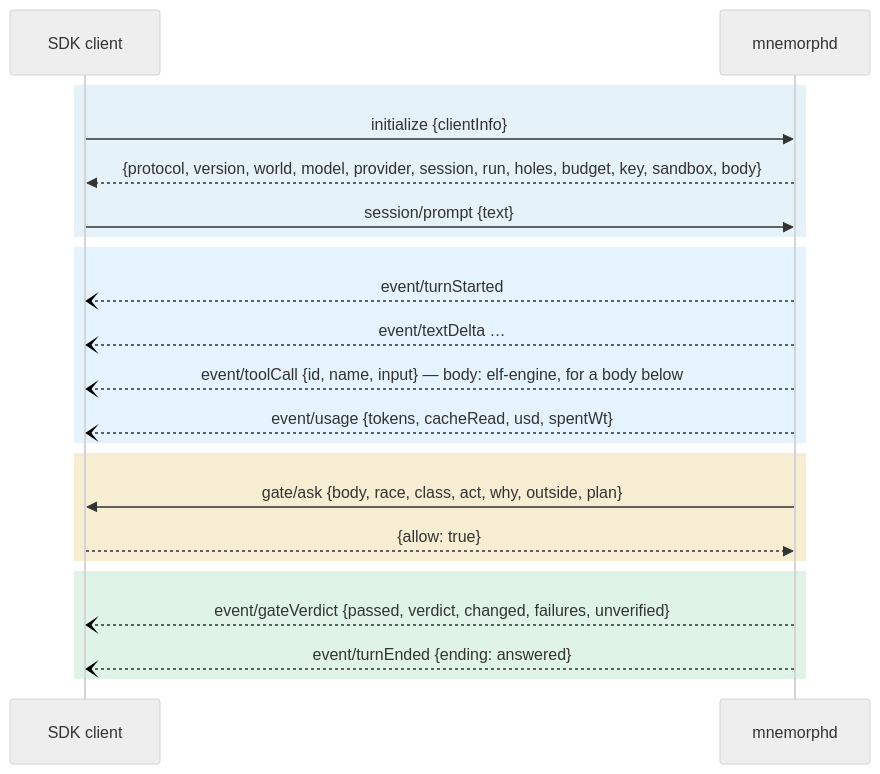
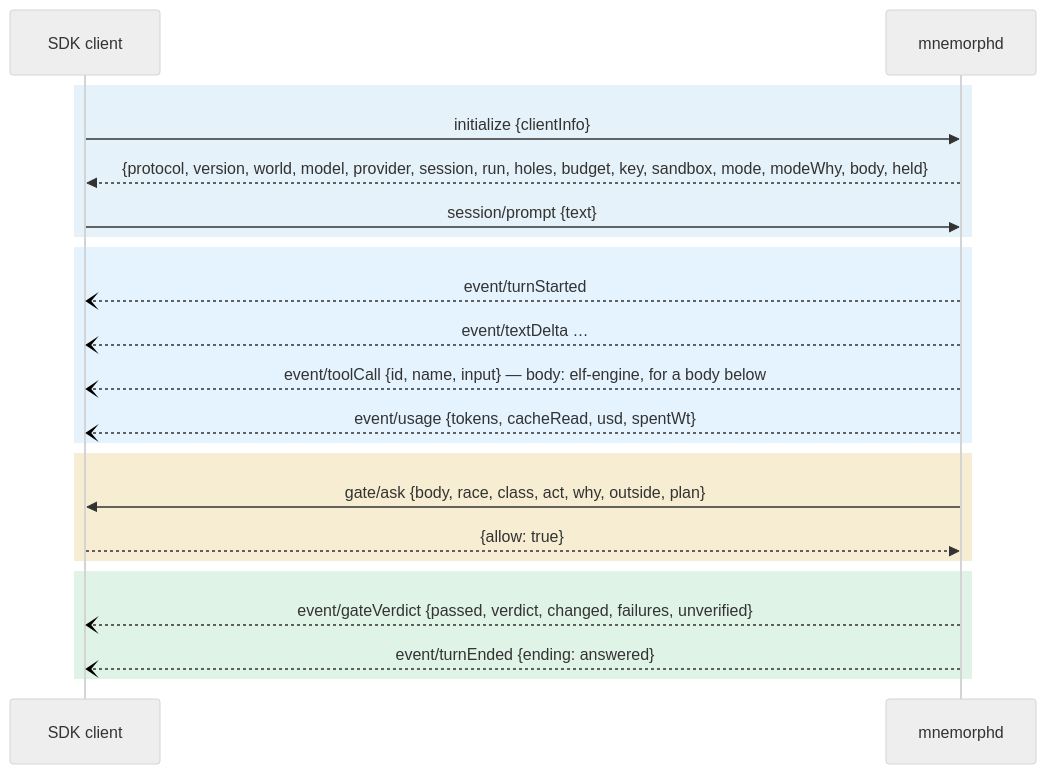
One commit to Kaginari/mnemorph changed the fourth of 4 diagrams in docs/04-communication.md. Above: the diagram before and after it, drawn with Mermaid. The commit also changed other lines of this file and 18 other files, not shown here.

````diff
--- a/docs/04-communication.md
+++ b/docs/04-communication.md
@@ -424,31 +440,31 @@
 ```mermaid
 ---
 config:
   look: handDrawn
   theme: neutral
   flowchart:
     wrappingWidth: 360
 ---
 sequenceDiagram
     participant C as SDK client
     participant D as mnemorphd
     rect rgba(2,132,199,0.10)
     C->>D: initialize {clientInfo}
-    D-->>C: {protocol, version, world, model, provider, session, run, holes, budget, key, sandbox, body}
+    D-->>C: {protocol, version, world, model, provider, session, run, holes, budget, key, sandbox, mode, modeWhy, body, held}
     C->>D: session/prompt {text}
     end
     rect rgba(63,169,245,0.14)
     D--)C: event/turnStarted
     D--)C: event/textDelta …
     D--)C: event/toolCall {id, name, input} — body: elf-engine, for a body below
     D--)C: event/usage {tokens, cacheRead, usd, spentWt}
     end
     rect rgba(212,175,55,0.22)
     D->>C: gate/ask {body, race, class, act, why, outside, plan}
     C-->>D: {allow: true}
     end
     rect rgba(22,163,74,0.13)
     D--)C: event/gateVerdict {passed, verdict, changed, failures, unverified}
     D--)C: event/turnEnded {ending: answered}
     end
 ```
````
